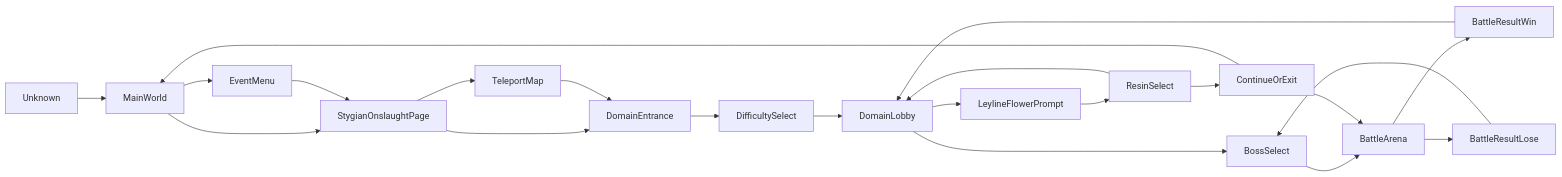
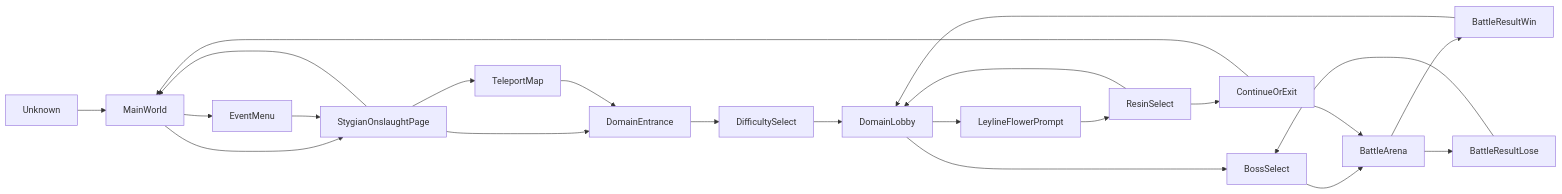
The diagram in BetterGenshinImpact/GameTask/Common/StateMachine/README.md (babalae/better-genshin-impact), drawn with Mermaid before and after one commit. The commit also changed other lines of this file and 2 other files, not shown here.

````diff
--- a/BetterGenshinImpact/GameTask/Common/StateMachine/README.md
+++ b/BetterGenshinImpact/GameTask/Common/StateMachine/README.md
@@ -288,24 +316,25 @@
 ```mermaid
 flowchart LR
     Unknown --> MainWorld
     MainWorld --> EventMenu
     MainWorld --> StygianOnslaughtPage
     EventMenu --> StygianOnslaughtPage
+    StygianOnslaughtPage --> MainWorld
     StygianOnslaughtPage --> TeleportMap
     StygianOnslaughtPage --> DomainEntrance
     TeleportMap --> DomainEntrance
     DomainEntrance --> DifficultySelect
     DifficultySelect --> DomainLobby
     DomainLobby --> BossSelect
     DomainLobby --> LeylineFlowerPrompt
     BossSelect --> BattleArena
     BattleArena --> BattleResultWin
     BattleArena --> BattleResultLose
     BattleResultWin --> DomainLobby
     BattleResultLose --> BossSelect
     LeylineFlowerPrompt --> ResinSelect
     ResinSelect --> ContinueOrExit
     ResinSelect --> DomainLobby
     ContinueOrExit --> BattleArena
     ContinueOrExit --> MainWorld
 ```
````
